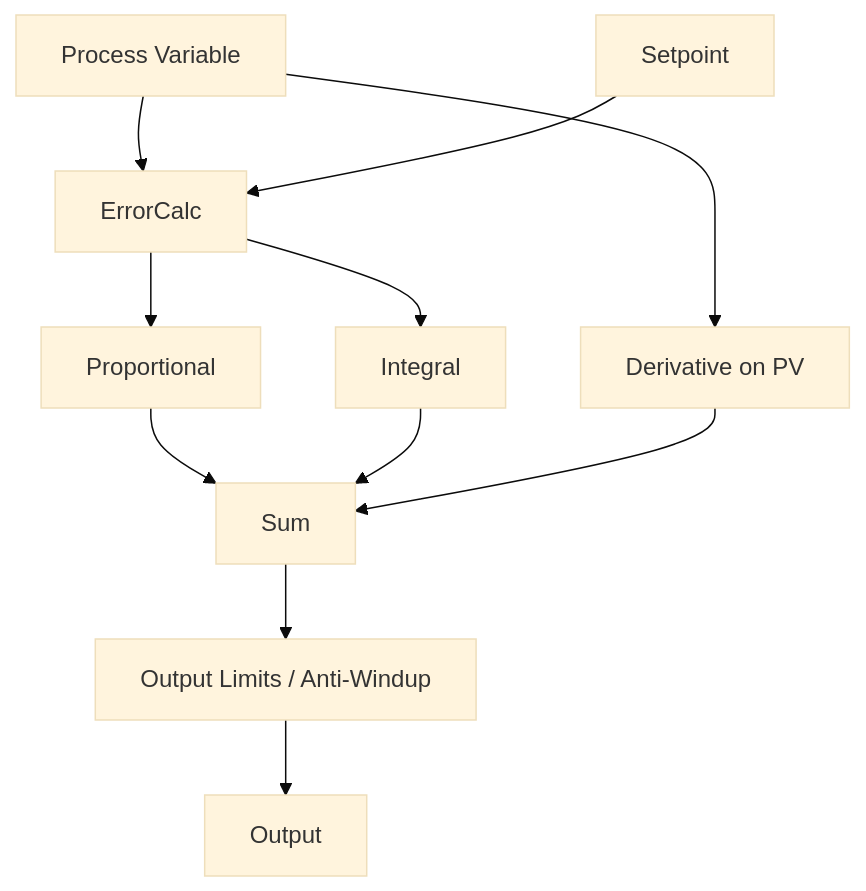
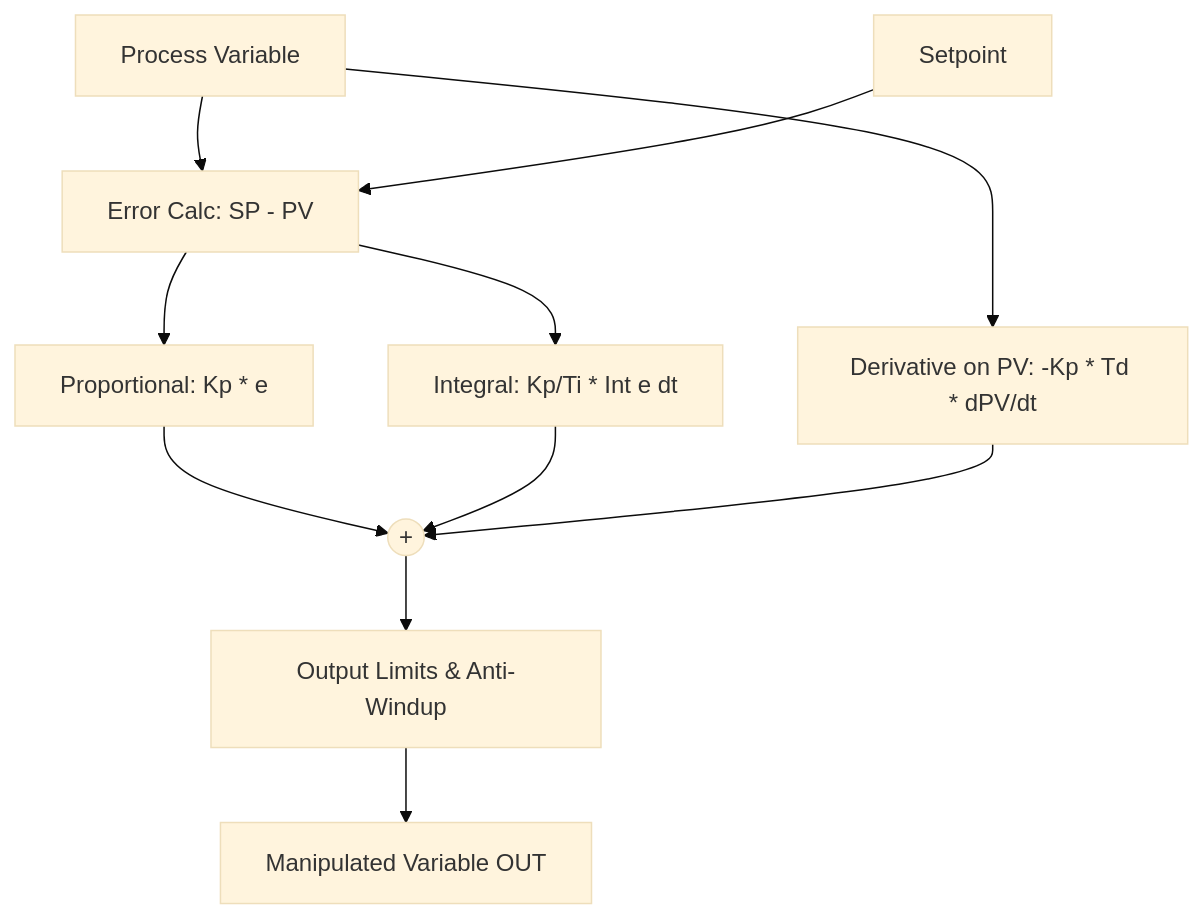
One commit to kaivyy/nebudcs changed the second of 3 diagrams in docs/architecture/control-engine.md. Above: the diagram before and after it, drawn with Mermaid (base theme). The commit also changed other lines of this file and 149 other files, not shown here.

````diff
--- a/docs/architecture/control-engine.md
+++ b/docs/architecture/control-engine.md
@@ -53,13 +68,13 @@
 ```mermaid
 graph TD
-    PV[Process Variable] --> ErrorCalc
+    PV[Process Variable] --> ErrorCalc[Error Calc: SP - PV]
     SP[Setpoint] --> ErrorCalc
-    ErrorCalc --> P[Proportional]
-    ErrorCalc --> I[Integral]
-    PV --> D[Derivative on PV]
-    P --> Sum
+    ErrorCalc --> P[Proportional: Kp * e]
+    ErrorCalc --> I[Integral: Kp/Ti * Int e dt]
+    PV --> D[Derivative on PV: -Kp * Td * dPV/dt]
+    P --> Sum((+))
     I --> Sum
     D --> Sum
-    Sum --> Limits[Output Limits / Anti-Windup]
-    Limits --> OUT[Output]
+    Sum --> Clamping[Output Limits & Anti-Windup]
+    Clamping --> OUT[Manipulated Variable OUT]
 ```
````
